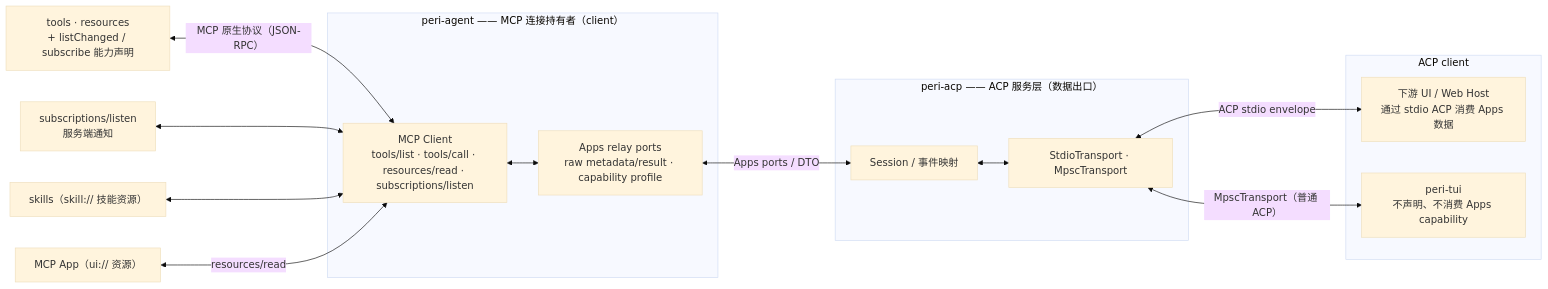
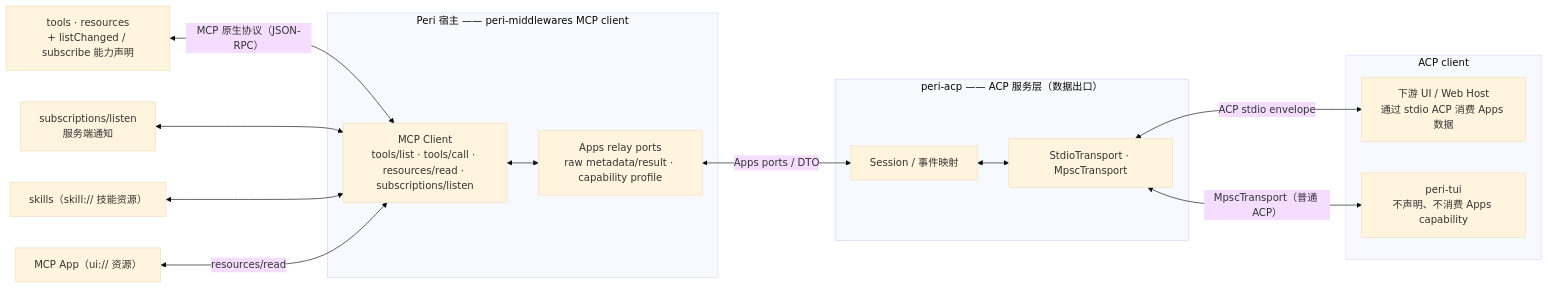
The first of 7 diagrams in docs/reference/mcp-ecosystem.md (KonghaYao/peri), drawn with Mermaid (base theme) before and after one commit. The commit also changed other lines of this file and 80 other files, not shown here.

````diff
--- a/docs/reference/mcp-ecosystem.md
+++ b/docs/reference/mcp-ecosystem.md
@@ -60,29 +60,29 @@
 ```mermaid
 flowchart LR
     T["tools · resources<br/>+ listChanged / subscribe 能力声明"]
     N["subscriptions/listen<br/>服务端通知"]
     S["skills（skill:// 技能资源）"]
     A["MCP App（ui:// 资源）"]
-    subgraph AGENT["peri-agent —— MCP 连接持有者（client）"]
+    subgraph AGENT["Peri 宿主 —— peri-middlewares MCP client"]
         MC["MCP Client<br/>tools/list · tools/call · resources/read · subscriptions/listen"]
         RELAY["Apps relay ports<br/>raw metadata/result · capability profile"]
     end
     subgraph ACP["peri-acp —— ACP 服务层（数据出口）"]
         SESS["Session / 事件映射"]
         ST["StdioTransport · MpscTransport"]
     end
     subgraph VIEW["ACP client"]
         DOWNSTREAM["下游 UI / Web Host<br/>通过 stdio ACP 消费 Apps 数据"]
         TUI["peri-tui<br/>不声明、不消费 Apps capability"]
     end
 
     T <-->|"MCP 原生协议（JSON-RPC）"| MC
     N <--> MC
     S <--> MC
     A <-->|"resources/read"| MC
     MC <--> RELAY
     RELAY <-->|"Apps ports / DTO"| SESS
     SESS <--> ST
     ST <-->|"ACP stdio envelope"| DOWNSTREAM
     ST <-->|"MpscTransport（普通 ACP）"| TUI
 ```
````
